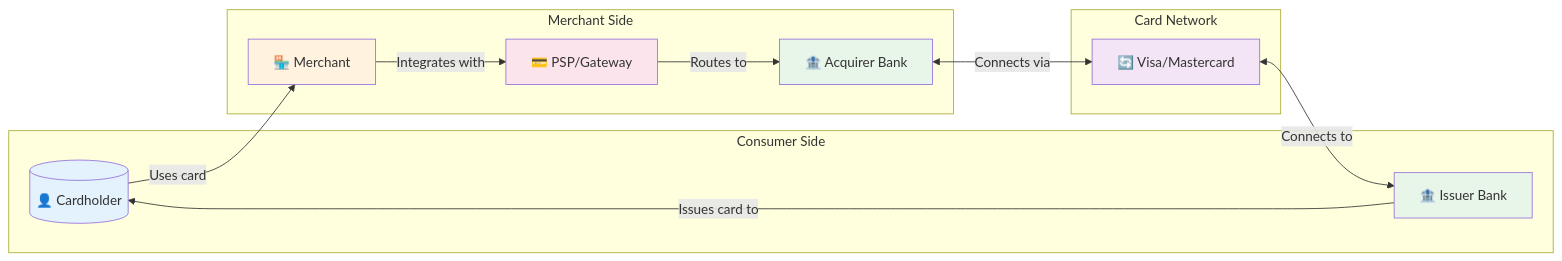
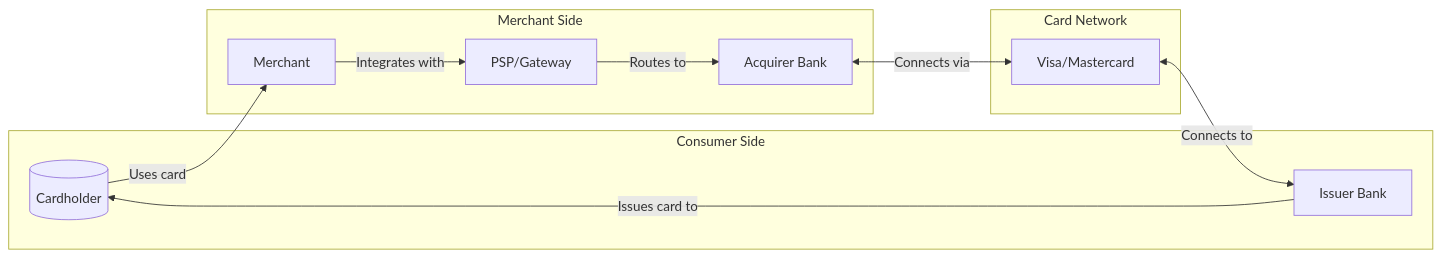
The first of 9 diagrams in gemini-responses/payments-at-visa.md (udaytamma/Cyrus), drawn with Mermaid before and after one commit. The commit also changed other lines of this file and 8 other files, not shown here.

````diff
--- a/gemini-responses/payments-at-visa.md
+++ b/gemini-responses/payments-at-visa.md
@@ -29,31 +43,24 @@
 ```mermaid
 flowchart LR
     subgraph Consumer["Consumer Side"]
-        CH[("👤 Cardholder")]
-        ISS["🏦 Issuer Bank"]
+        CH[("Cardholder")]
+        ISS["Issuer Bank"]
     end
 
     subgraph Merchant["Merchant Side"]
-        M["🏪 Merchant"]
-        PSP["💳 PSP/Gateway"]
-        ACQ["🏦 Acquirer Bank"]
+        M["Merchant"]
+        PSP["PSP/Gateway"]
+        ACQ["Acquirer Bank"]
     end
 
     subgraph Network["Card Network"]
-        NET["🔄 Visa/Mastercard"]
+        NET["Visa/Mastercard"]
     end
 
     CH -->|"Uses card"| M
     M -->|"Integrates with"| PSP
     PSP -->|"Routes to"| ACQ
     ACQ <-->|"Connects via"| NET
     NET <-->|"Connects to"| ISS
     ISS -->|"Issues card to"| CH
-
-    style CH fill:#e3f2fd
-    style ISS fill:#e8f5e9
-    style M fill:#fff3e0
-    style PSP fill:#fce4ec
-    style ACQ fill:#e8f5e9
-    style NET fill:#f3e5f5
 ```
````
